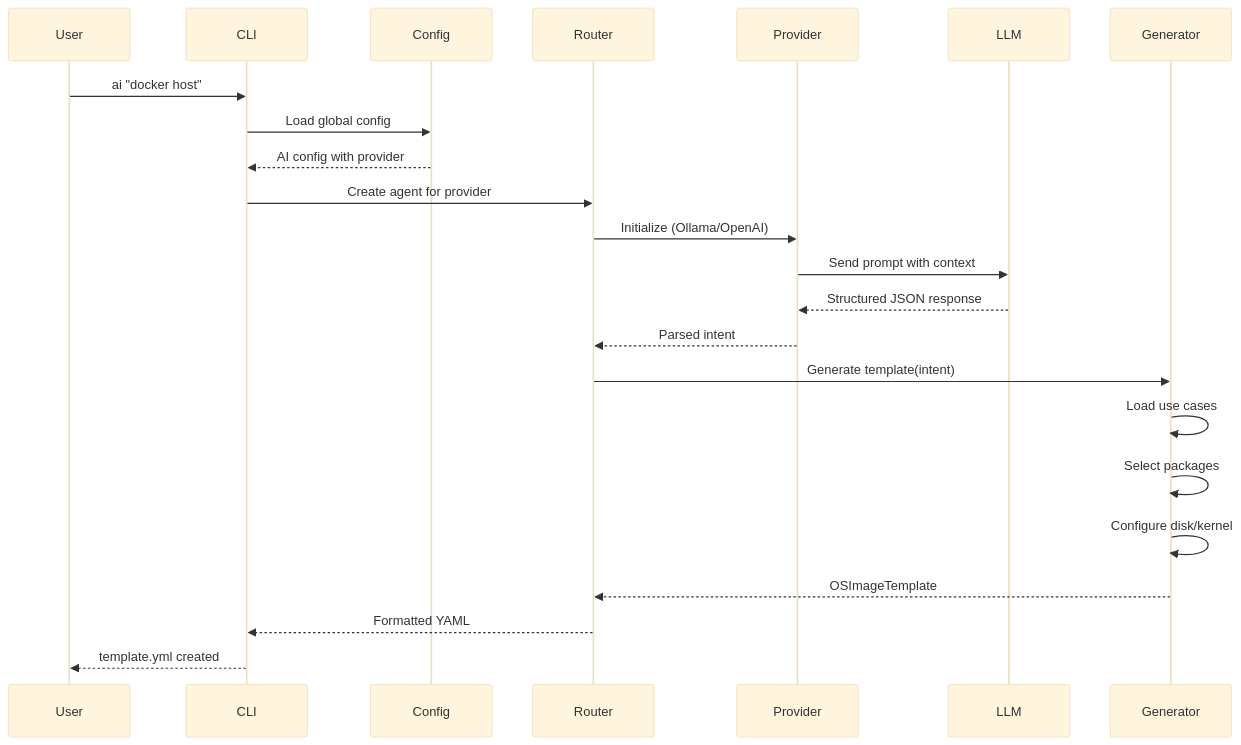
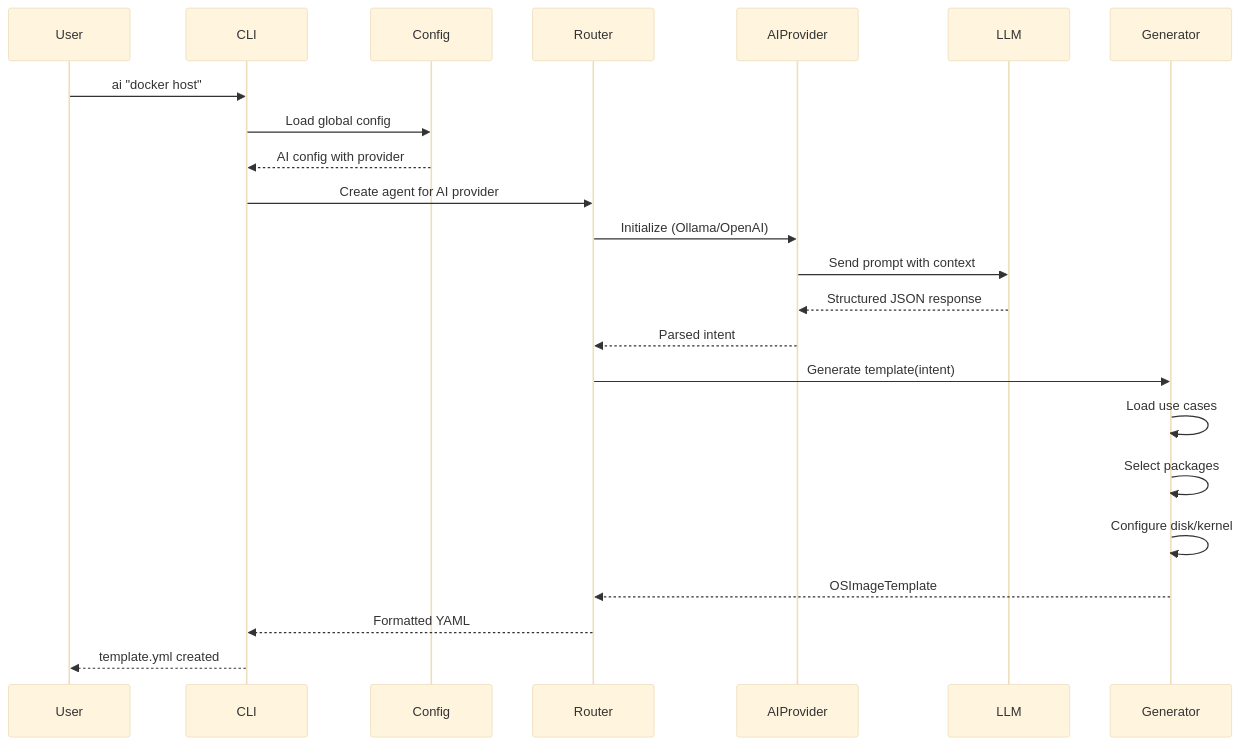
One commit to open-edge-platform/os-image-composer changed the third of 3 diagrams in docs/architecture/os-oimage-composer-ai-asistant.md. Above: the diagram before and after it, drawn with Mermaid (base theme). The commit also changed other lines of this file, not shown here.

````diff
--- a/docs/architecture/os-oimage-composer-ai-asistant.md
+++ b/docs/architecture/os-oimage-composer-ai-asistant.md
@@ -174,29 +166,29 @@
 ```mermaid
 sequenceDiagram
     participant User
     participant CLI
     participant Config
     participant Router
-    participant Provider
+    participant AIProvider
     participant LLM
     participant Generator
     
     User->>CLI: ai "docker host"
     CLI->>Config: Load global config
     Config-->>CLI: AI config with provider
-    CLI->>Router: Create agent for provider
-    Router->>Provider: Initialize (Ollama/OpenAI)
+    CLI->>Router: Create agent for AI provider
+    Router->>AIProvider: Initialize (Ollama/OpenAI)
     
-    Provider->>LLM: Send prompt with context
-    LLM-->>Provider: Structured JSON response
-    Provider-->>Router: Parsed intent
+    AIProvider->>LLM: Send prompt with context
+    LLM-->>AIProvider: Structured JSON response
+    AIProvider-->>Router: Parsed intent
     
     Router->>Generator: Generate template(intent)
     Generator->>Generator: Load use cases
     Generator->>Generator: Select packages
     Generator->>Generator: Configure disk/kernel
     Generator-->>Router: OSImageTemplate
     
     Router-->>CLI: Formatted YAML
     CLI-->>User: template.yml created
 ```
````
